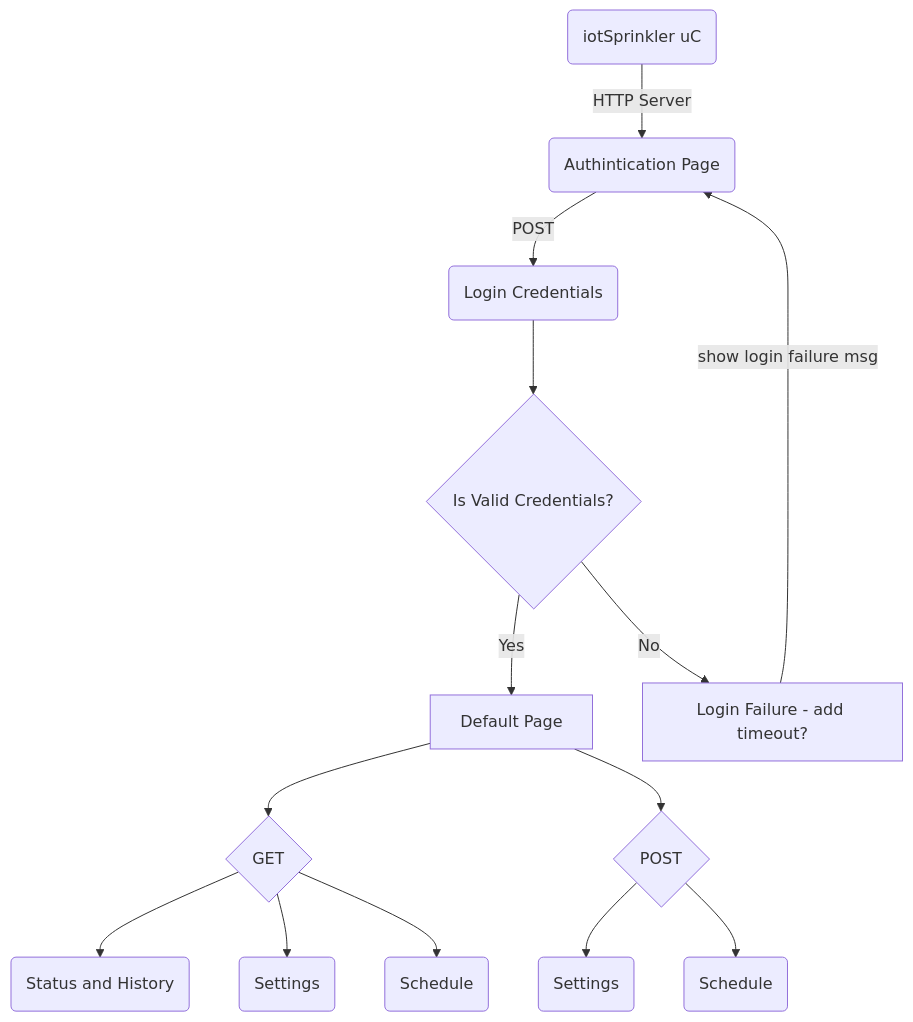
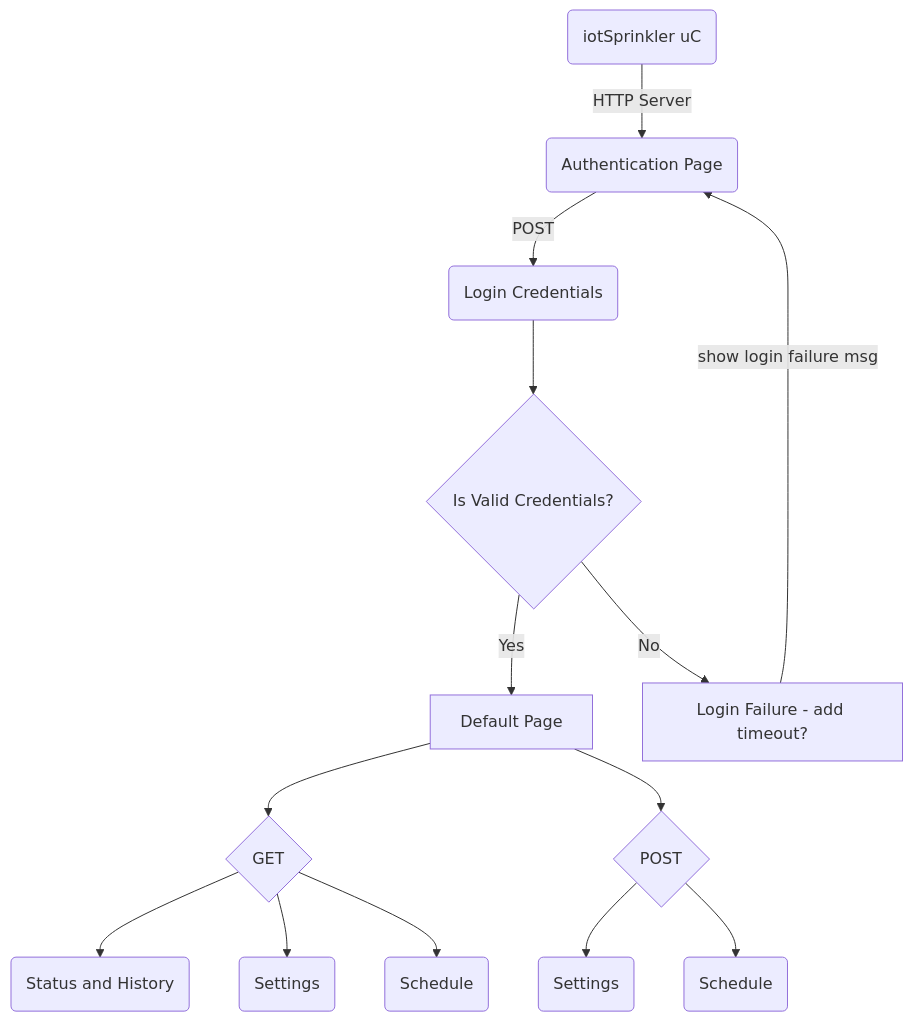
One commit to stephen13579/iotSprinkler changed the diagram in README.md. Above: the diagram before and after it, drawn with Mermaid.

````diff
--- a/README.md
+++ b/README.md
@@ -4,16 +4,16 @@
 ```mermaid
 graph TD
-    A(iotSprinkler uC) --> |HTTP Server| B(Authintication Page)
+    A(iotSprinkler uC) --> |HTTP Server| B(Authentication Page)
     B -->|POST| C(Login Credentials)
     C -->D{Is Valid Credentials?}
     D -->|Yes| E[Default Page]
     D -->|No| F[Login Failure - add timeout?]
     F -->|show login failure msg| B 
     E -->G{GET}
     E -->H{POST}
     G-->I(Status and History)
     G-->J(Settings)
     G-->K(Schedule)
     H-->L(Settings)
     H-->Z(Schedule)
 ```
````
